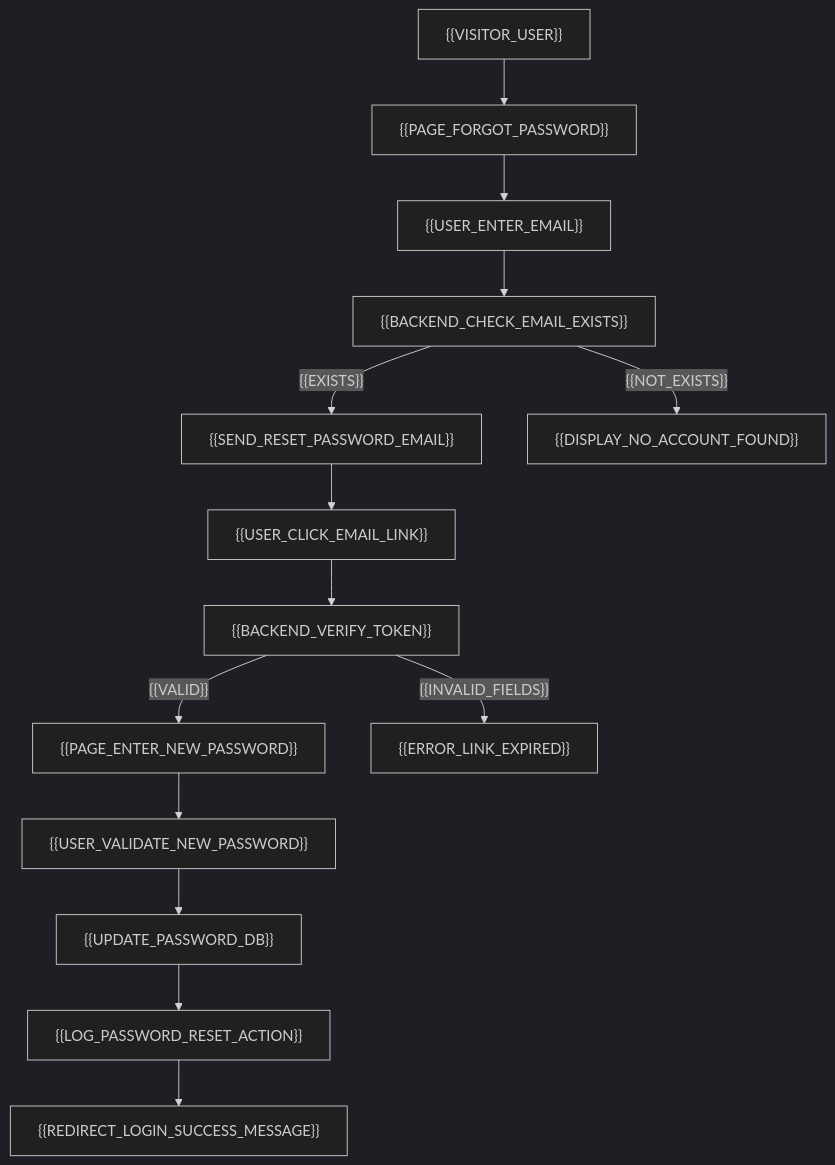
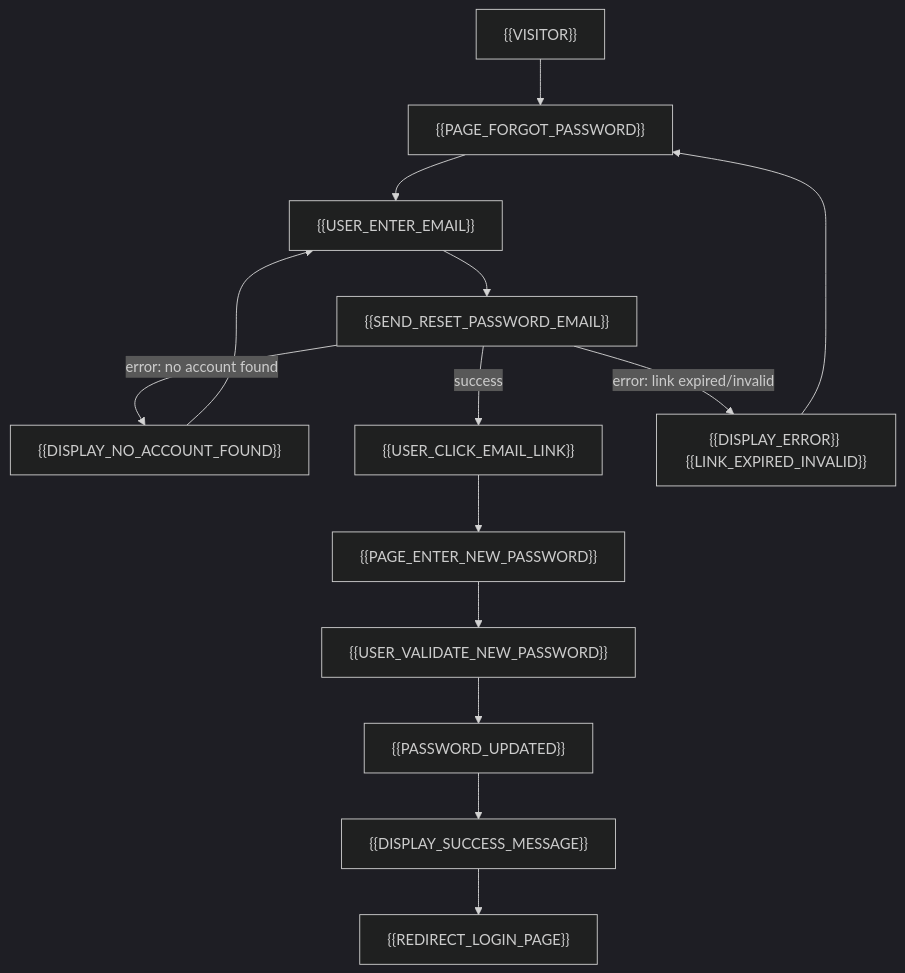
One commit to lchouville/NexaCore changed the diagram in Documents/Edition-files/UserFlow/user_password_reset.mmd. Above: the diagram before and after it, drawn with Mermaid. The commit also changed 148 other files, not shown here.

Commit message:
Add French translations for UI elements, API backend, architecture, database tables, fields, and types; remove outdated French translations; add English translations for new keys; update README with usage instructions.

```diff
--- a/Documents/Edition-files/UserFlow/user_password_reset.mmd
+++ b/Documents/Edition-files/UserFlow/user_password_reset.mmd
@@ -1,20 +1,36 @@
 ---
 config:
     theme: dark
     look: classic
     layout: dagre
 ---
 flowchart TD
-U["{{VISITOR_USER}}"] --> A["{{PAGE_FORGOT_PASSWORD}}"]
-A --> B["{{USER_ENTER_EMAIL}}"]
-B --> C["{{BACKEND_CHECK_EMAIL_EXISTS}}"]
-C -->|"{{EXISTS}}"| D["{{SEND_RESET_PASSWORD_EMAIL}}"]
-C -->|"{{NOT_EXISTS}}"| X["{{DISPLAY_NO_ACCOUNT_FOUND}}"]
-D --> E["{{USER_CLICK_EMAIL_LINK}}"]
-E --> F["{{BACKEND_VERIFY_TOKEN}}"]
-F -->|"{{VALID}}"| G["{{PAGE_ENTER_NEW_PASSWORD}}"]
-F -->|"{{INVALID_FIELDS}}"| Y["{{ERROR_LINK_EXPIRED}}"]
-G --> H["{{USER_VALIDATE_NEW_PASSWORD}}"]
-H --> I["{{UPDATE_PASSWORD_DB}}"]
-I --> J["{{LOG_PASSWORD_RESET_ACTION}}"]
-J --> K["{{REDIRECT_LOGIN_SUCCESS_MESSAGE}}"]
+
+%% Nodes definition
+A["{{VISITOR}}"] 
+B["{{PAGE_FORGOT_PASSWORD}}"]
+C["{{USER_ENTER_EMAIL}}"]
+Dn["{{DISPLAY_NO_ACCOUNT_FOUND}}"]
+Dy["{{SEND_RESET_PASSWORD_EMAIL}}"]
+F["{{USER_CLICK_EMAIL_LINK}}"]
+Gy["{{PAGE_ENTER_NEW_PASSWORD}}"]
+Gn["{{DISPLAY_ERROR}} {{LINK_EXPIRED_INVALID}}"]
+H["{{USER_VALIDATE_NEW_PASSWORD}}"]
+I["{{PASSWORD_UPDATED}}"]
+J["{{DISPLAY_SUCCESS_MESSAGE}}"]
+K["{{REDIRECT_LOGIN_PAGE}}"]
+
+%% Flow definition
+A --> B
+B --> C
+C --> Dy
+Dy -->|success| F
+Dy -->|error: no account found| Dn
+Dn --> C
+F --> Gy
+Gy --> H
+H --> I
+I --> J
+J --> K
+Dy -->|error: link expired/invalid| Gn
+Gn --> B
```
